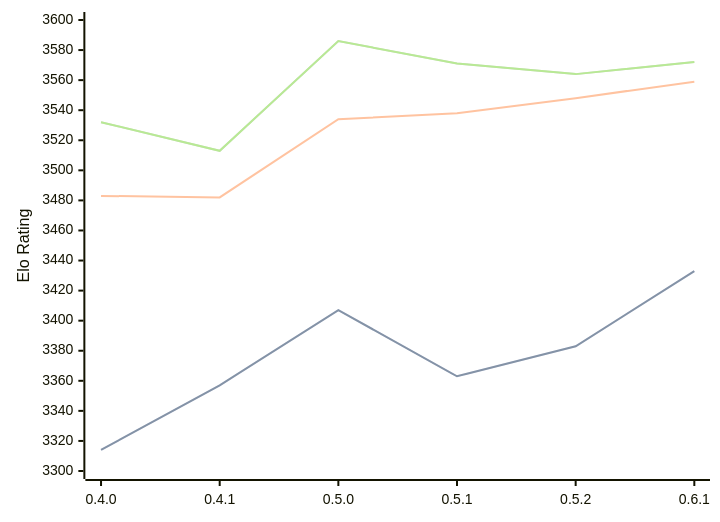
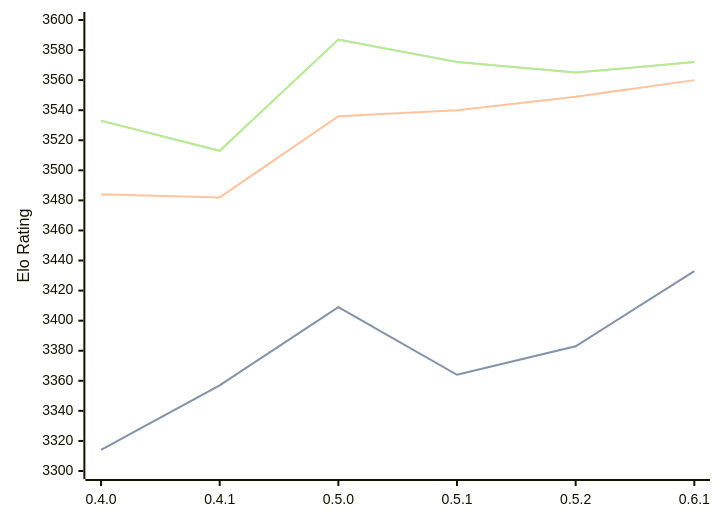
Before and after one commit to computer-chess-index/cci: the diagram in engines/Cinder.md, drawn with Mermaid. The commit also changed other lines of this file, not shown here.

Commit message:
Update CCI Ratings (ELO VLTC) - 2026-09-14

````diff
--- a/engines/Cinder.md
+++ b/engines/Cinder.md
@@ -37,11 +37,11 @@
 ```mermaid
 %%{init: {"theme":"base","themeVariables":{"seriesColors:['#a3a3a3','#222221','#faa371']}}}%%
 xychart-beta
   x-axis ["0.4.0", "0.4.1", "0.5.0", "0.5.1", "0.5.2", "0.6.1"]
   y-axis "Elo Rating" 3300 --> 3600
-  line "" [3314, 3357, 3407, 3363, 3383, 3433]
-  line "STC (8.0+0.08s)" [3314, 3357, 3407, 3363, 3383, 3433]
-  line "LTC (60.0+0.60s)" [3483, 3482, 3534, 3538, 3548, 3559]
-  line "" [3532, 3513, 3586, 3571, 3564, 3572]
-  line "VLTC (2m24s+1.12s)" [3532, 3513, 3586, 3571, 3564, 3572]
+  line "" [3314, 3357, 3409, 3364, 3383, 3433]
+  line "STC (8.0+0.08s)" [3314, 3357, 3409, 3364, 3383, 3433]
+  line "LTC (60.0+0.60s)" [3484, 3482, 3536, 3540, 3549, 3560]
+  line "" [3533, 3513, 3587, 3572, 3565, 3572]
+  line "VLTC (2m24s+1.12s)" [3533, 3513, 3587, 3572, 3565, 3572]
 ```
````
